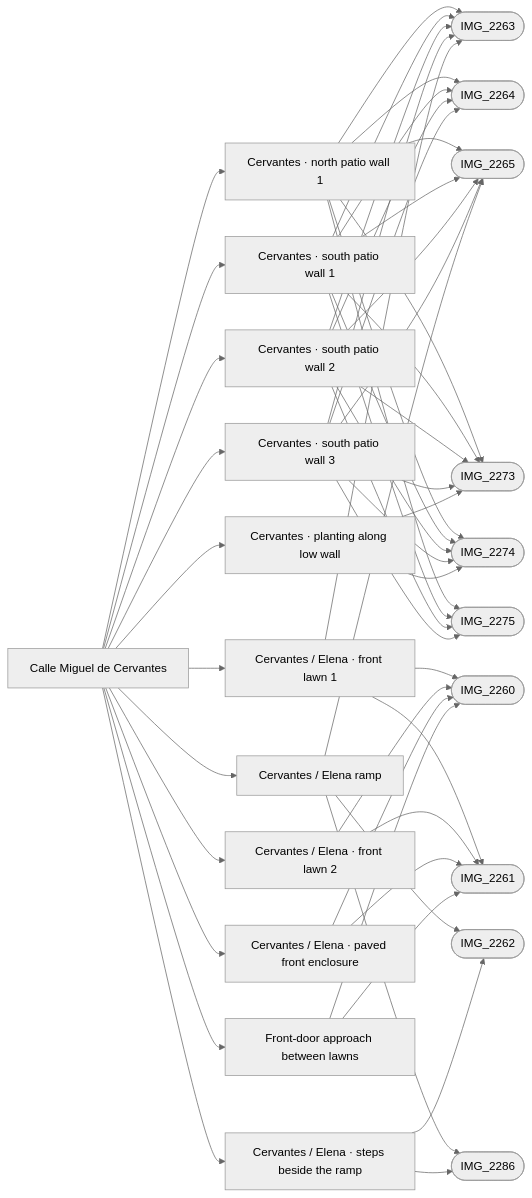
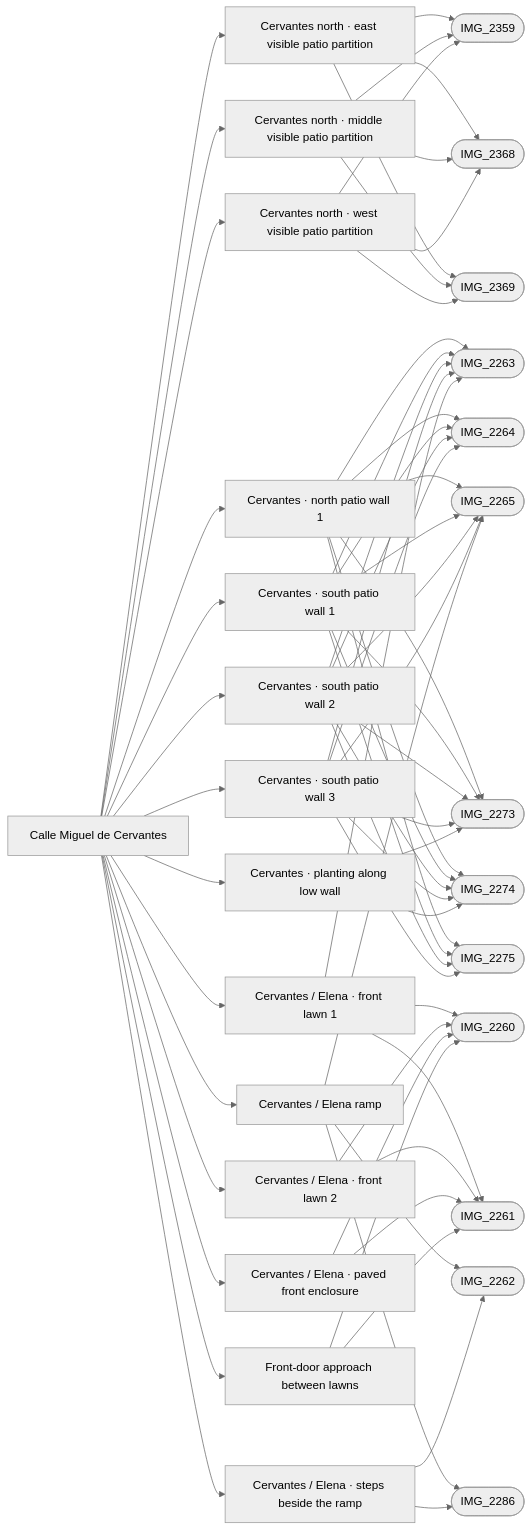
Before and after one commit to daveyboyc/villacana-venture: the diagram in refs/areas/cervantes.md, drawn with Mermaid (neutral theme). The commit also changed other lines of this file and 21 other files, not shown here.

Commit message:
Trace visible north Cervantes patio partition fragments for issue 44

````diff
--- a/refs/areas/cervantes.md
+++ b/refs/areas/cervantes.md
@@ -41,55 +42,67 @@
 ```mermaid
 graph LR
   A["Calle Miguel de Cervantes"]
-  A --> F0["Cervantes · north patio wall 1"]
-  F0 --> PIMG_2263_jpg(["IMG_2263"])
-  F0 --> PIMG_2264_jpg(["IMG_2264"])
-  F0 --> PIMG_2265_jpg(["IMG_2265"])
-  F0 --> PIMG_2273_jpg(["IMG_2273"])
-  F0 --> PIMG_2274_jpg(["IMG_2274"])
-  F0 --> PIMG_2275_jpg(["IMG_2275"])
-  A --> F1["Cervantes · south patio wall 1"]
-  F1 --> PIMG_2263_jpg(["IMG_2263"])
-  F1 --> PIMG_2264_jpg(["IMG_2264"])
-  F1 --> PIMG_2265_jpg(["IMG_2265"])
-  F1 --> PIMG_2273_jpg(["IMG_2273"])
-  F1 --> PIMG_2274_jpg(["IMG_2274"])
-  F1 --> PIMG_2275_jpg(["IMG_2275"])
-  A --> F2["Cervantes · south patio wall 2"]
-  F2 --> PIMG_2263_jpg(["IMG_2263"])
-  F2 --> PIMG_2264_jpg(["IMG_2264"])
-  F2 --> PIMG_2265_jpg(["IMG_2265"])
-  F2 --> PIMG_2273_jpg(["IMG_2273"])
-  F2 --> PIMG_2274_jpg(["IMG_2274"])
-  F2 --> PIMG_2275_jpg(["IMG_2275"])
-  A --> F3["Cervantes · south patio wall 3"]
+  A --> F0["Cervantes north · east visible patio partition"]
+  F0 --> PIMG_2359_jpg(["IMG_2359"])
+  F0 --> PIMG_2368_jpg(["IMG_2368"])
+  F0 --> PIMG_2369_jpg(["IMG_2369"])
+  A --> F1["Cervantes north · middle visible patio partition"]
+  F1 --> PIMG_2359_jpg(["IMG_2359"])
+  F1 --> PIMG_2368_jpg(["IMG_2368"])
+  F1 --> PIMG_2369_jpg(["IMG_2369"])
+  A --> F2["Cervantes north · west visible patio partition"]
+  F2 --> PIMG_2359_jpg(["IMG_2359"])
+  F2 --> PIMG_2368_jpg(["IMG_2368"])
+  F2 --> PIMG_2369_jpg(["IMG_2369"])
+  A --> F3["Cervantes · north patio wall 1"]
   F3 --> PIMG_2263_jpg(["IMG_2263"])
   F3 --> PIMG_2264_jpg(["IMG_2264"])
   F3 --> PIMG_2265_jpg(["IMG_2265"])
   F3 --> PIMG_2273_jpg(["IMG_2273"])
   F3 --> PIMG_2274_jpg(["IMG_2274"])
   F3 --> PIMG_2275_jpg(["IMG_2275"])
-  A --> F4["Cervantes / Elena · front lawn 1"]
-  F4 --> PIMG_2260_jpg(["IMG_2260"])
-  F4 --> PIMG_2261_jpg(["IMG_2261"])
+  A --> F4["Cervantes · south patio wall 1"]
   F4 --> PIMG_2263_jpg(["IMG_2263"])
-  A --> F5["Cervantes / Elena · front lawn 2"]
-  F5 --> PIMG_2260_jpg(["IMG_2260"])
-  F5 --> PIMG_2261_jpg(["IMG_2261"])
-  A --> F6["Cervantes / Elena · paved front enclosure"]
-  F6 --> PIMG_2260_jpg(["IMG_2260"])
-  F6 --> PIMG_2261_jpg(["IMG_2261"])
-  A --> F7["Front-door approach between lawns"]
+  F4 --> PIMG_2264_jpg(["IMG_2264"])
+  F4 --> PIMG_2265_jpg(["IMG_2265"])
+  F4 --> PIMG_2273_jpg(["IMG_2273"])
+  F4 --> PIMG_2274_jpg(["IMG_2274"])
+  F4 --> PIMG_2275_jpg(["IMG_2275"])
+  A --> F5["Cervantes · south patio wall 2"]
+  F5 --> PIMG_2263_jpg(["IMG_2263"])
+  F5 --> PIMG_2264_jpg(["IMG_2264"])
+  F5 --> PIMG_2265_jpg(["IMG_2265"])
+  F5 --> PIMG_2273_jpg(["IMG_2273"])
+  F5 --> PIMG_2274_jpg(["IMG_2274"])
+  F5 --> PIMG_2275_jpg(["IMG_2275"])
+  A --> F6["Cervantes · south patio wall 3"]
+  F6 --> PIMG_2263_jpg(["IMG_2263"])
+  F6 --> PIMG_2264_jpg(["IMG_2264"])
+  F6 --> PIMG_2265_jpg(["IMG_2265"])
+  F6 --> PIMG_2273_jpg(["IMG_2273"])
+  F6 --> PIMG_2274_jpg(["IMG_2274"])
+  F6 --> PIMG_2275_jpg(["IMG_2275"])
+  A --> F7["Cervantes / Elena · front lawn 1"]
   F7 --> PIMG_2260_jpg(["IMG_2260"])
   F7 --> PIMG_2261_jpg(["IMG_2261"])
-  A --> F8["Cervantes · planting along low wall"]
-  F8 --> PIMG_2273_jpg(["IMG_2273"])
-  F8 --> PIMG_2274_jpg(["IMG_2274"])
-  A --> F9["Cervantes / Elena ramp"]
-  F9 --> PIMG_2262_jpg(["IMG_2262"])
-  F9 --> PIMG_2265_jpg(["IMG_2265"])
-  F9 --> PIMG_2286_jpg(["IMG_2286"])
-  A --> F10["Cervantes / Elena · steps beside the ramp"]
-  F10 --> PIMG_2262_jpg(["IMG_2262"])
-  F10 --> PIMG_2286_jpg(["IMG_2286"])
+  F7 --> PIMG_2263_jpg(["IMG_2263"])
+  A --> F8["Cervantes / Elena · front lawn 2"]
+  F8 --> PIMG_2260_jpg(["IMG_2260"])
+  F8 --> PIMG_2261_jpg(["IMG_2261"])
+  A --> F9["Cervantes / Elena · paved front enclosure"]
+  F9 --> PIMG_2260_jpg(["IMG_2260"])
+  F9 --> PIMG_2261_jpg(["IMG_2261"])
+  A --> F10["Front-door approach between lawns"]
+  F10 --> PIMG_2260_jpg(["IMG_2260"])
+  F10 --> PIMG_2261_jpg(["IMG_2261"])
+  A --> F11["Cervantes · planting along low wall"]
+  F11 --> PIMG_2273_jpg(["IMG_2273"])
+  F11 --> PIMG_2274_jpg(["IMG_2274"])
+  A --> F12["Cervantes / Elena ramp"]
+  F12 --> PIMG_2262_jpg(["IMG_2262"])
+  F12 --> PIMG_2265_jpg(["IMG_2265"])
+  F12 --> PIMG_2286_jpg(["IMG_2286"])
+  A --> F13["Cervantes / Elena · steps beside the ramp"]
+  F13 --> PIMG_2262_jpg(["IMG_2262"])
+  F13 --> PIMG_2286_jpg(["IMG_2286"])
 ```
````
